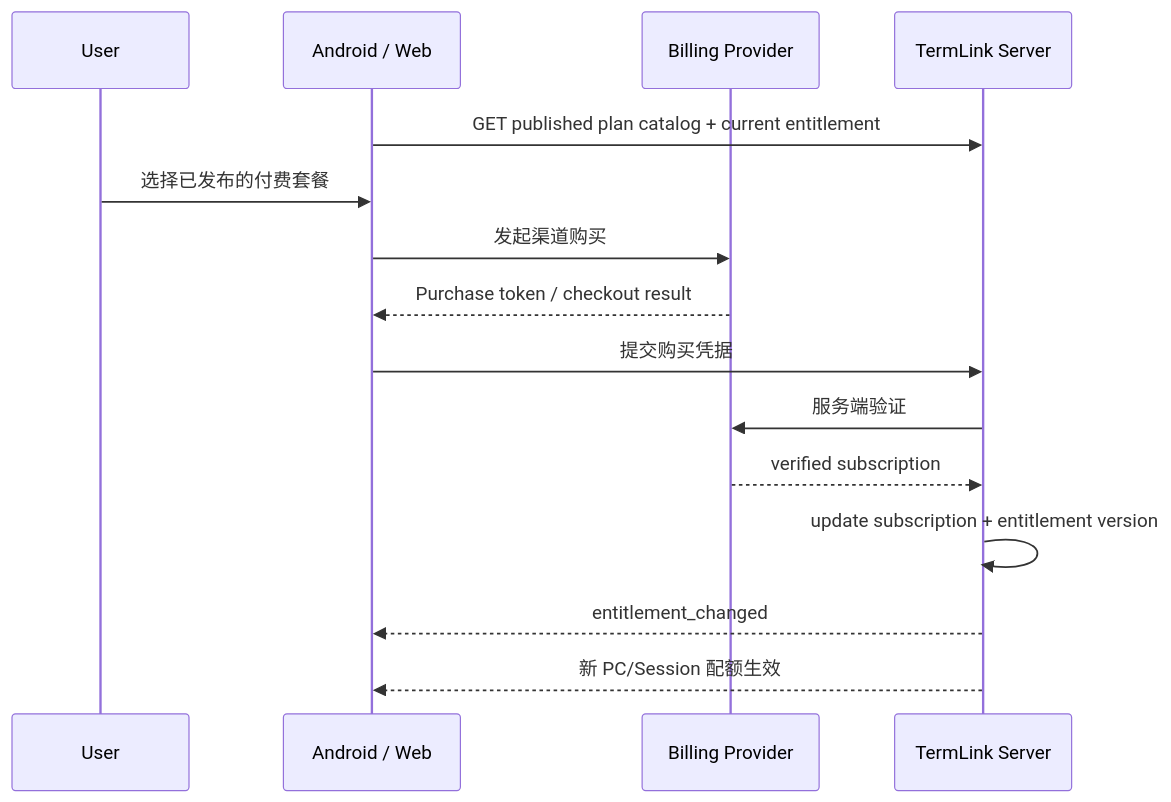
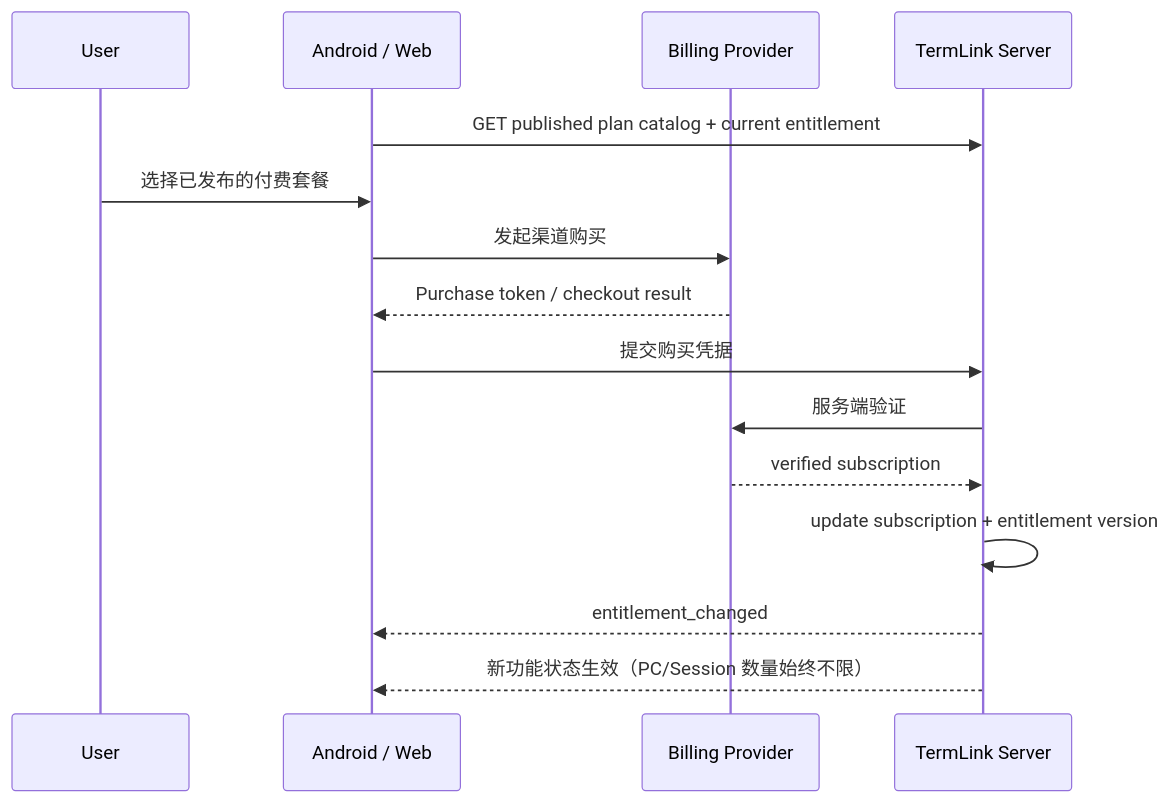
One commit to myucxy/TermLink changed diagram 15 of 16 in docs/COMPLETE_SYSTEM_DESIGN.md. Above: the diagram before and after it, drawn with Mermaid. The commit also changed other lines of this file and 301 other files, not shown here.

````diff
--- a/docs/COMPLETE_SYSTEM_DESIGN.md
+++ b/docs/COMPLETE_SYSTEM_DESIGN.md
@@ -1139,18 +1512,18 @@
 ```mermaid
 sequenceDiagram
     participant U as User
     participant C as Android / Web
     participant P as Billing Provider
     participant S as TermLink Server
 
     C->>S: GET published plan catalog + current entitlement
     U->>C: 选择已发布的付费套餐
     C->>P: 发起渠道购买
     P-->>C: Purchase token / checkout result
     C->>S: 提交购买凭据
     S->>P: 服务端验证
     P-->>S: verified subscription
     S->>S: update subscription + entitlement version
     S-->>C: entitlement_changed
-    S-->>C: 新 PC/Session 配额生效
+    S-->>C: 新功能状态生效（PC/Session 数量始终不限）
 ```
````
